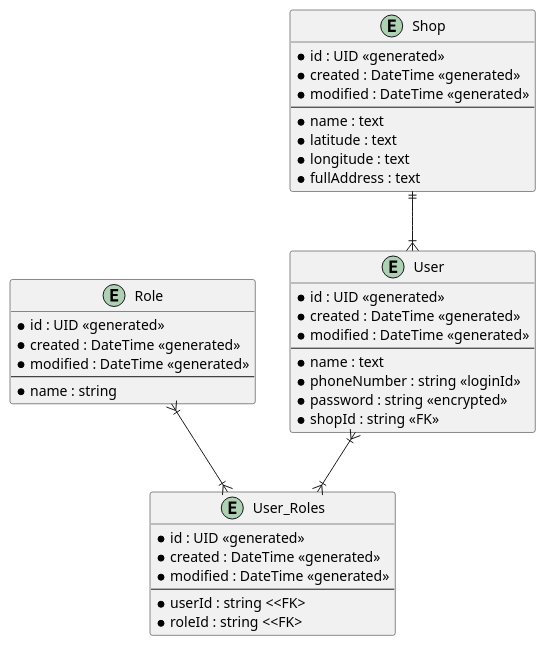
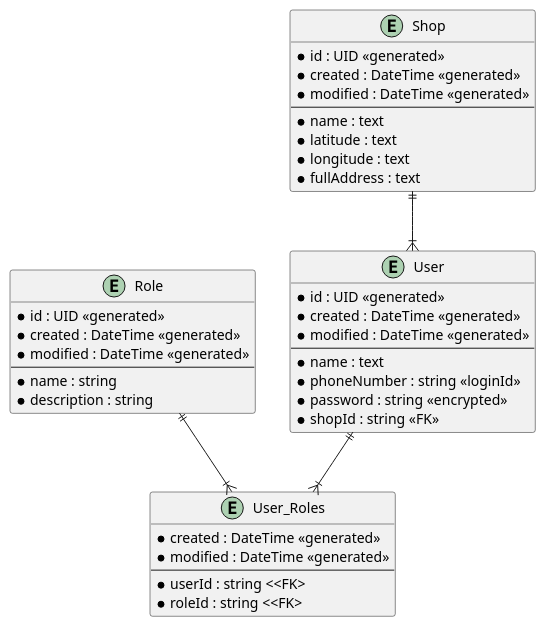
One commit to POS-Java-Microservice/requirement-documents changed the diagram in User/Requirement/database.wsd. Above: the diagram before and after it, drawn with PlantUML. The commit also changed 3 other files, not shown here.

```diff
--- a/User/Requirement/database.wsd
+++ b/User/Requirement/database.wsd
@@ -1,46 +1,46 @@
 @startuml member-database
 
 skinparam linetye ortho
 
 entity "User" as user{
     *id : UID <<generated>>
     *created : DateTime <<generated>>
     *modified : DateTime <<generated>>
     --
     *name : text
     *phoneNumber : string <<loginId>>
     *password : string <<encrypted>>
     *shopId : string <<FK>>
 }
 entity "Shop" as shop{
     *id : UID <<generated>>
     *created : DateTime <<generated>>
     *modified : DateTime <<generated>>
     --
     *name : text
     *latitude : text
     *longitude : text
     *fullAddress : text
 }
 entity "User_Roles" as user_roles{
-    *id : UID <<generated>>
     *created : DateTime <<generated>>
     *modified : DateTime <<generated>>
     --
     *userId : string <<FK>
     *roleId : string <<FK>
 }
 
 entity "Role" as role{
     *id : UID <<generated>>
     *created : DateTime <<generated>>
     *modified : DateTime <<generated>>
     --
     *name : string
+    *description : string
 }
 
 shop ||--|{ user
-user }|--|{ user_roles
-role }|--|{ user_roles
+user ||--|{ user_roles
+role ||--|{ user_roles
 
 @enduml
```
